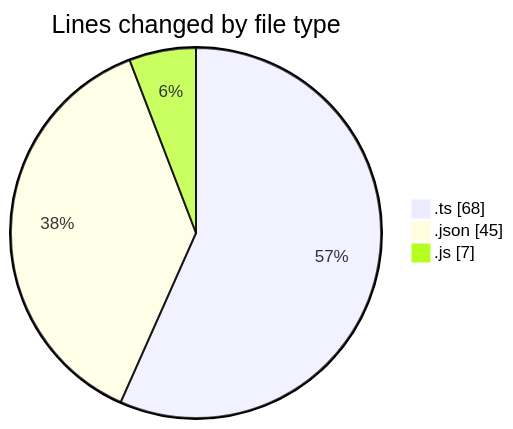
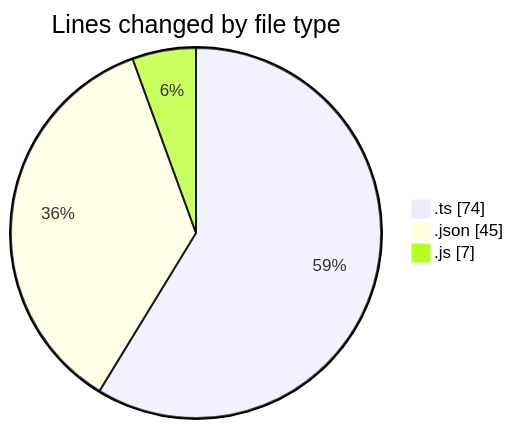
Before and after one commit to igalym/code-tracking: the first of 2 diagrams in 2026-03-02/typescript/README.md, drawn with Mermaid. The commit also changed other lines of this file and 1 other file, not shown here.

````diff
--- a/2026-03-02/typescript/README.md
+++ b/2026-03-02/typescript/README.md
@@ -23,7 +23,7 @@
 ```mermaid
 pie showData
 title Lines changed by file type
-".ts" : 68
+".ts" : 74
 ".json" : 45
 ".js" : 7
 ```
````
